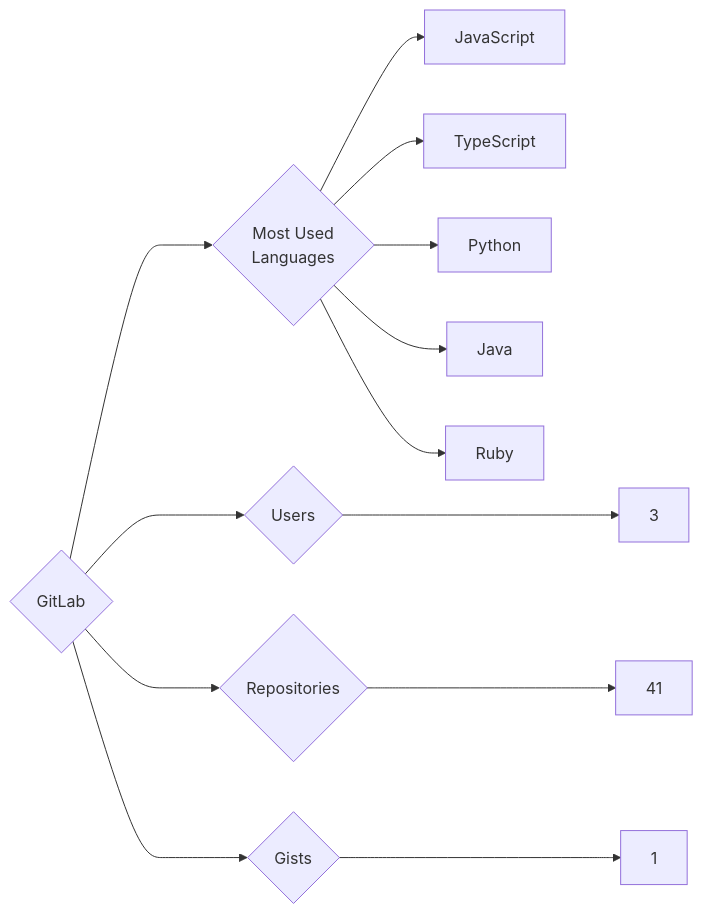
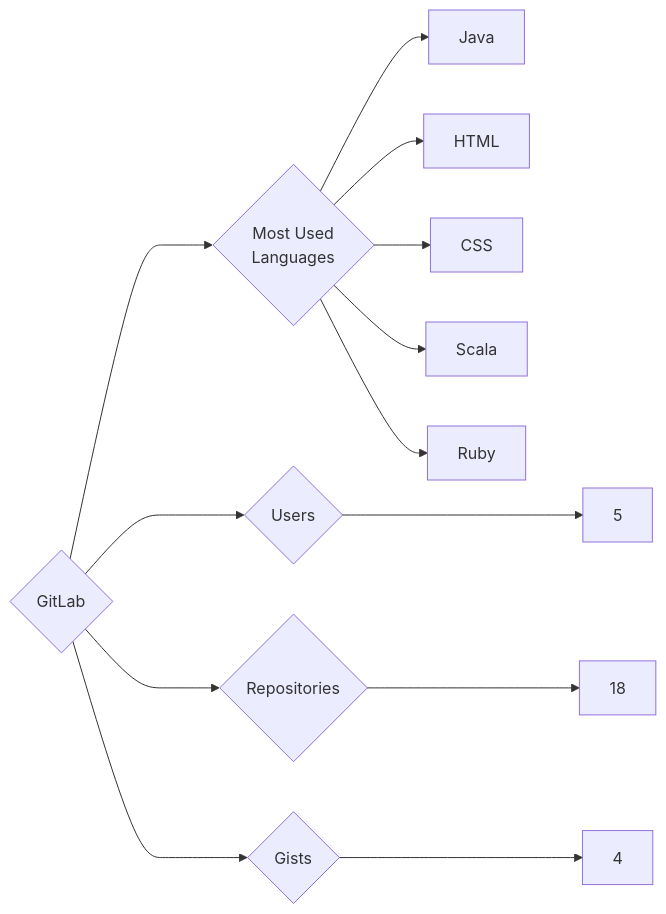
Before and after one commit to trickest/insiders: the diagram in targets/GitLab/README.md, drawn with Mermaid. The commit also changed 912 other files, not shown here.

````diff
--- a/targets/GitLab/README.md
+++ b/targets/GitLab/README.md
@@ -3,13 +3,13 @@
 ```mermaid
 graph LR
 COMPANY_NAME{GitLab}
-COMPANY_NAME ---> U{Users} ---> UN[3]
-COMPANY_NAME ---> R{Repositories} ---> RN[41]
-COMPANY_NAME ---> G{Gists} ---> GN[1]
+COMPANY_NAME ---> U{Users} ---> UN[5]
+COMPANY_NAME ---> R{Repositories} ---> RN[18]
+COMPANY_NAME ---> G{Gists} ---> GN[4]
 COMPANY_NAME ---> ML{Most Used<br>Languages}
-ML --> JavaScript[JavaScript]
-ML --> TypeScript[TypeScript]
-ML --> Python[Python]
 ML --> Java[Java]
+ML --> HTML[HTML]
+ML --> CSS[CSS]
+ML --> Scala[Scala]
 ML --> Ruby[Ruby]
 ```
````
